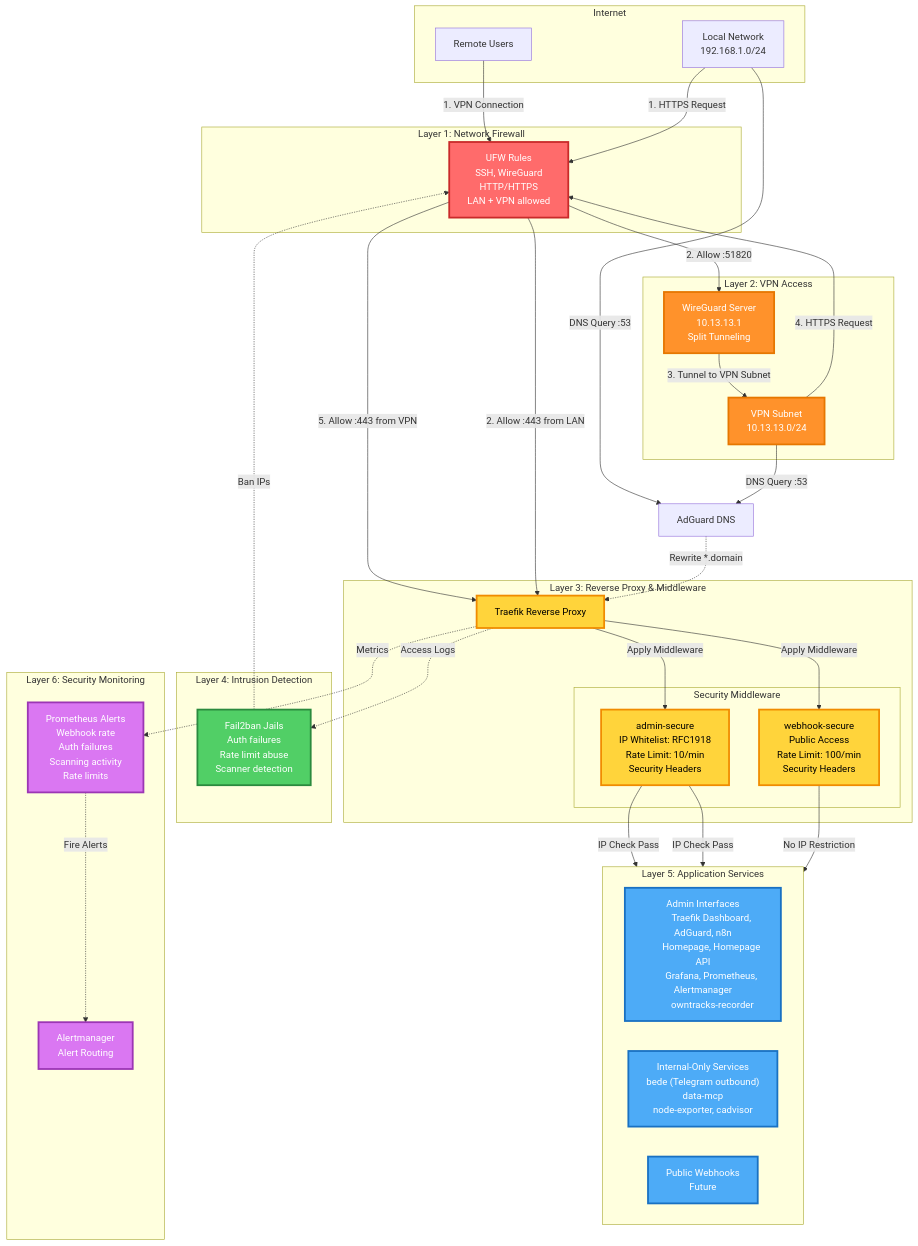
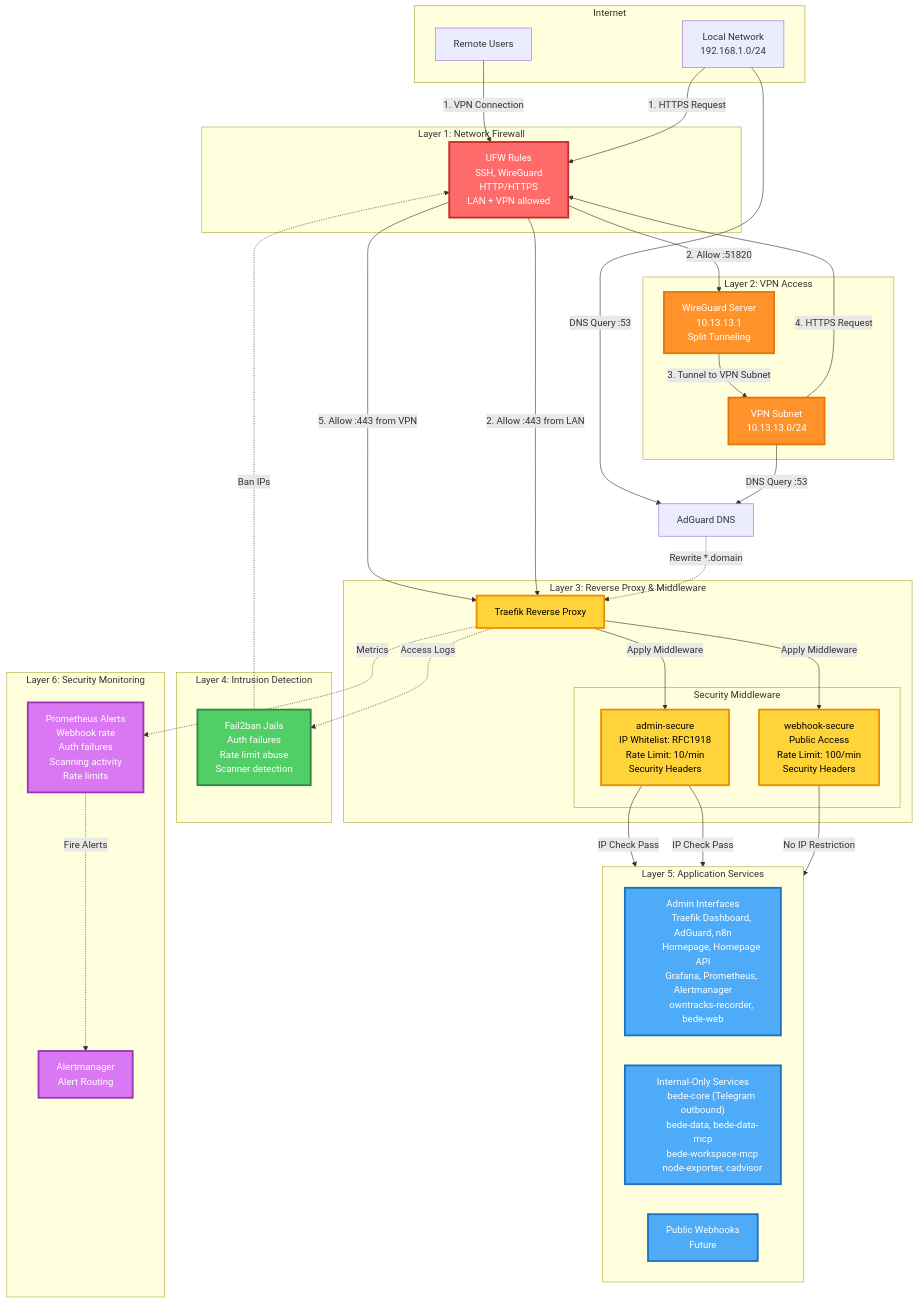
The second of 5 diagrams in ARCHITECTURE.md (josephradford/home-server-stack), drawn with Mermaid before and after one commit. The commit also changed other lines of this file and 17 other files, not shown here.

```diff
--- a/ARCHITECTURE.md
+++ b/ARCHITECTURE.md
@@ -243,10 +256,11 @@
         Traefik Dashboard, AdGuard, n8n
         Homepage, Homepage API
         Grafana, Prometheus, Alertmanager
-        owntracks-recorder"]
+        owntracks-recorder, bede-web"]
         Internal["Internal-Only Services
-        bede (Telegram outbound)
-        data-mcp
+        bede-core (Telegram outbound)
+        bede-data, bede-data-mcp
+        bede-workspace-mcp
         node-exporter, cadvisor"]
         Webhooks["Public Webhooks
         Future"]
```
